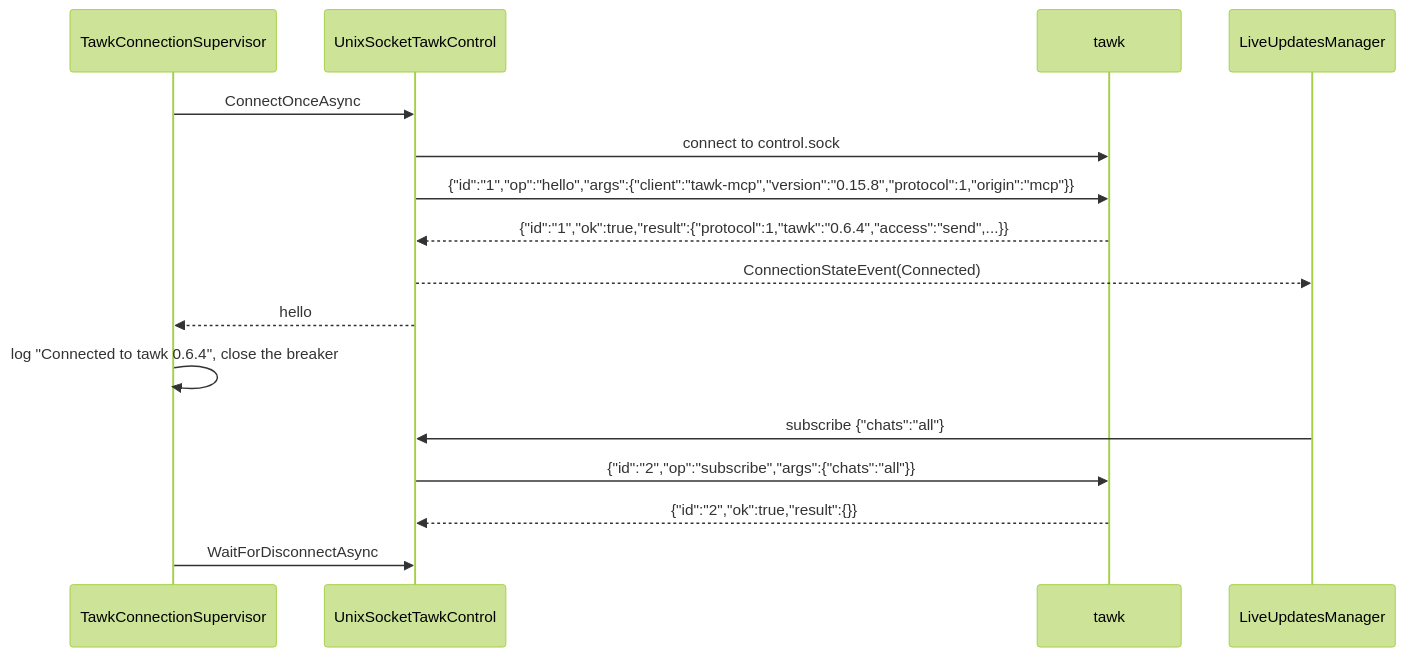
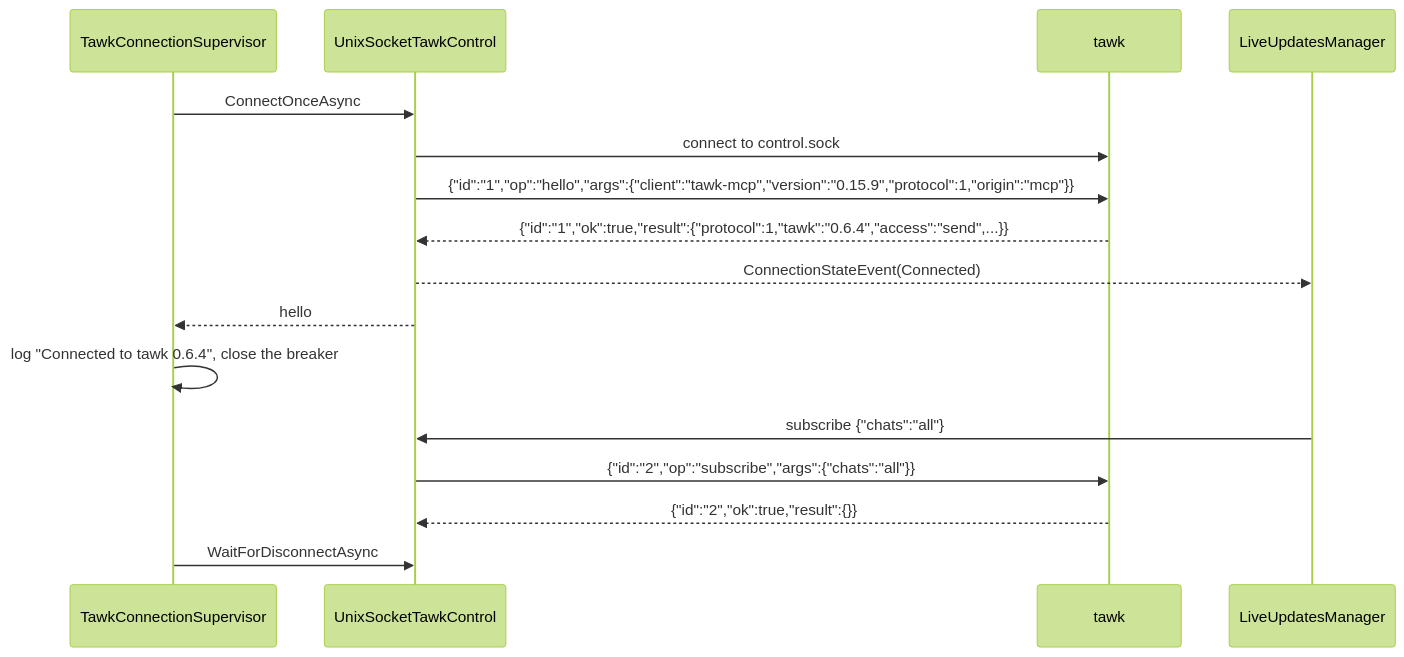
One commit to loganventer/Corvus.Mcp.Server.Tawk changed the first of 14 diagrams in HOW_IT_WORKS.md. Above: the diagram before and after it, drawn with Mermaid (forest theme). The commit also changed 3 other files, not shown here.

First line of the commit message:
Describe the exact play time in the manual and the architecture (#47)

````diff
--- a/HOW_IT_WORKS.md
+++ b/HOW_IT_WORKS.md
@@ -31,19 +31,19 @@
 ```mermaid
 sequenceDiagram
     participant S as TawkConnectionSupervisor
     participant C as UnixSocketTawkControl
     participant T as tawk
     participant L as LiveUpdatesManager
 
     S->>C: ConnectOnceAsync
     C->>T: connect to control.sock
-    C->>T: {"id":"1","op":"hello","args":{"client":"tawk-mcp","version":"0.15.8","protocol":1,"origin":"mcp"}}
+    C->>T: {"id":"1","op":"hello","args":{"client":"tawk-mcp","version":"0.15.9","protocol":1,"origin":"mcp"}}
     T-->>C: {"id":"1","ok":true,"result":{"protocol":1,"tawk":"0.6.4","access":"send",...}}
     C-->>L: ConnectionStateEvent(Connected)
     C-->>S: hello
     S->>S: log "Connected to tawk 0.6.4", close the breaker
     L->>C: subscribe {"chats":"all"}
     C->>T: {"id":"2","op":"subscribe","args":{"chats":"all"}}
     T-->>C: {"id":"2","ok":true,"result":{}}
     S->>C: WaitForDisconnectAsync
 ```
````
